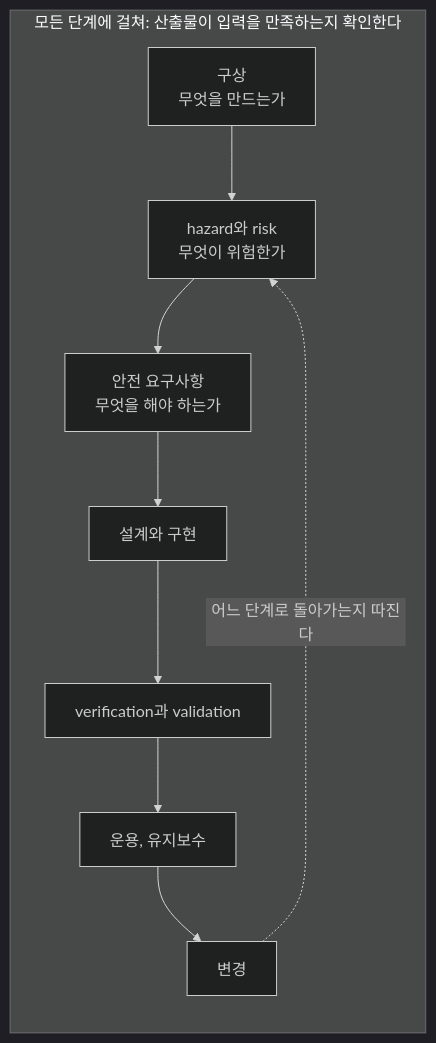
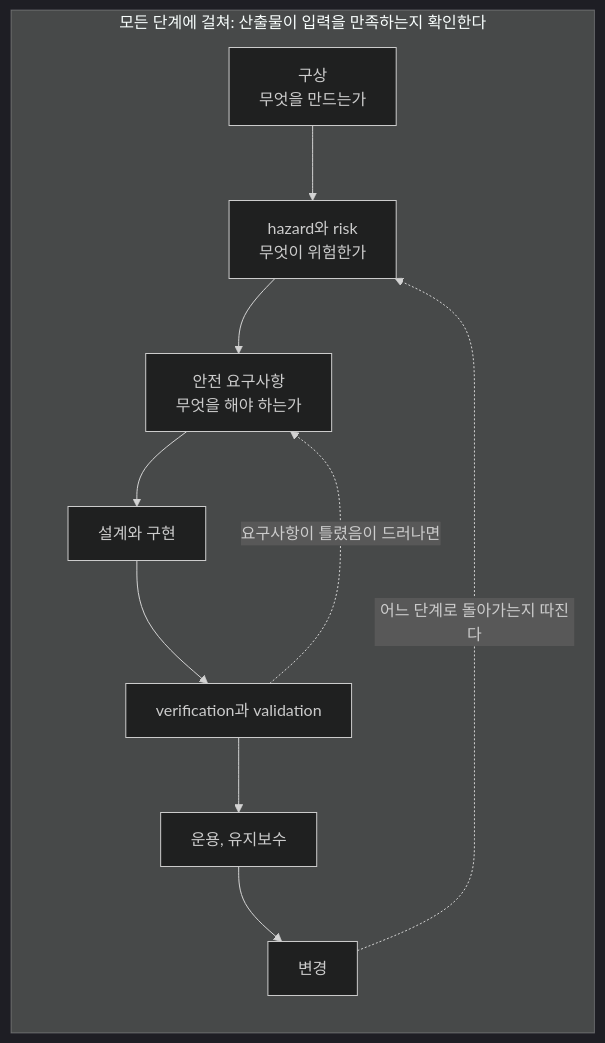
The diagram in chapters/ch05-safety-lifecycle.md (danielhongwoo/fusa), drawn with Mermaid (dark theme) before and after one commit. The commit also changed other lines of this file and 10 other files, not shown here.

````diff
--- a/chapters/ch05-safety-lifecycle.md
+++ b/chapters/ch05-safety-lifecycle.md
@@ -36,12 +37,13 @@
 ```mermaid
 flowchart LR
     subgraph ALL["모든 단계에 걸쳐: 산출물이 입력을 만족하는지 확인한다"]
         C["구상<br/>무엇을 만드는가"] --> H["hazard와 risk<br/>무엇이 위험한가"]
         H --> R["안전 요구사항<br/>무엇을 해야 하는가"]
         R --> D["설계와 구현"]
         D --> V["verification과 validation"]
         V --> O["운용, 유지보수"]
         O --> M["변경"]
     end
     M -. "어느 단계로 돌아가는지 따진다" .-> H
+    V -. "요구사항이 틀렸음이 드러나면" .-> R
 ```
````
